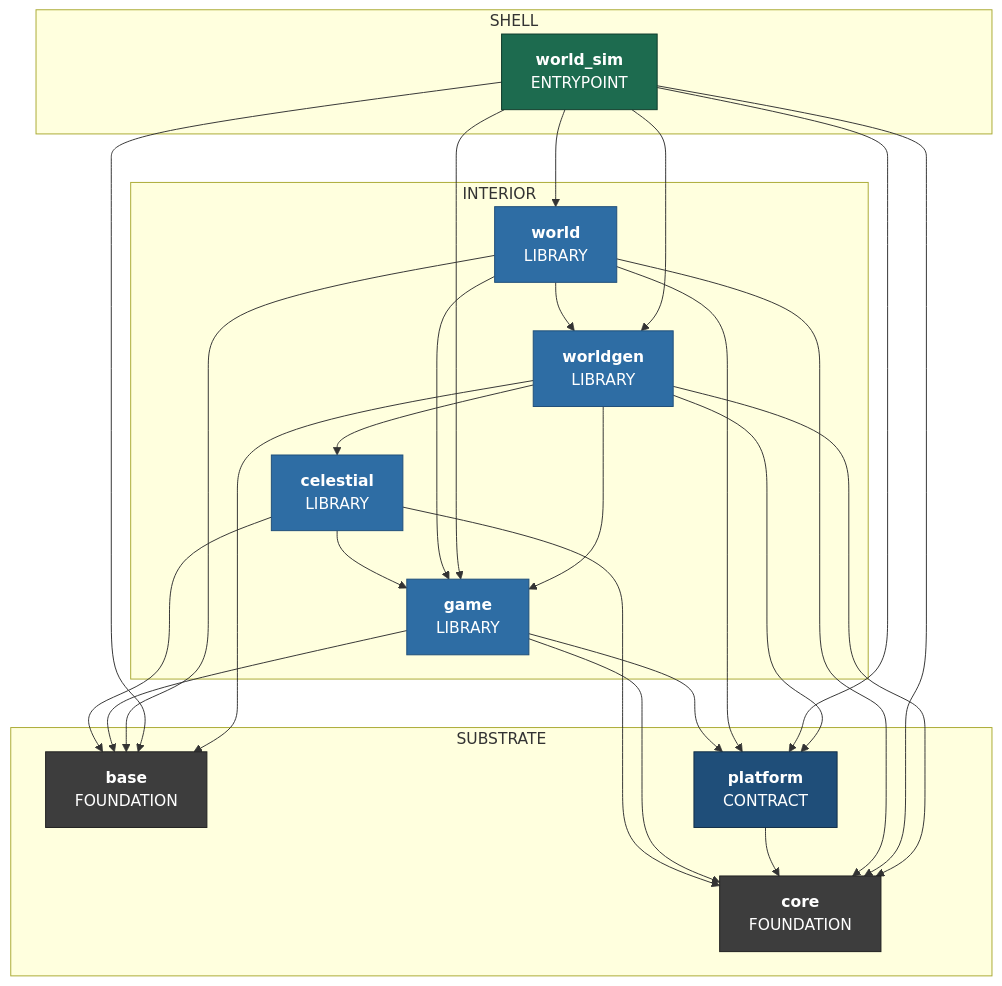
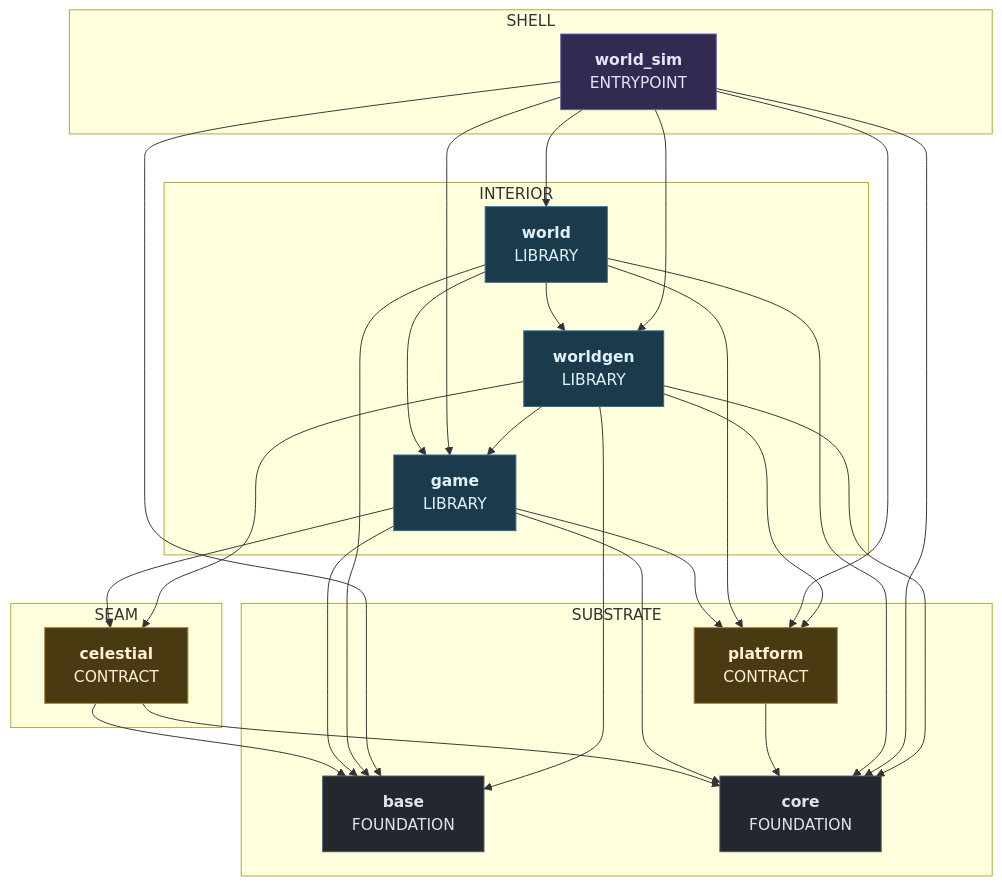
One commit to apnex/OpenStarbound changed the seventh of 9 diagrams in docs/superpowers/specs/2026-08-01-sovereign-headless-client-design.md. Above: the diagram before and after it, drawn with Mermaid. The commit also changed other lines of this file and 1 other file, not shown here.

````diff
--- a/docs/superpowers/specs/2026-08-01-sovereign-headless-client-design.md
+++ b/docs/superpowers/specs/2026-08-01-sovereign-headless-client-design.md
@@ -1565,50 +1625,52 @@
 ```mermaid
 %% composition: world_sim
 flowchart TD
   subgraph Z_SUBSTRATE ["SUBSTRATE"]
     base["<b>base</b><br/>FOUNDATION"]
     core["<b>core</b><br/>FOUNDATION"]
     platform["<b>platform</b><br/>CONTRACT"]
   end
+  subgraph Z_SEAM ["SEAM"]
+    celestial["<b>celestial</b><br/>CONTRACT"]
+  end
   subgraph Z_INTERIOR ["INTERIOR"]
-    celestial["<b>celestial</b><br/>LIBRARY"]
     game["<b>game</b><br/>LIBRARY"]
     world["<b>world</b><br/>LIBRARY"]
     worldgen["<b>worldgen</b><br/>LIBRARY"]
   end
   subgraph Z_SHELL ["SHELL"]
     world_sim["<b>world_sim</b><br/>ENTRYPOINT"]
   end
   celestial --> base
   celestial --> core
-  celestial --> game
   game --> base
+  game --> celestial
   game --> core
   game --> platform
   platform --> core
   world --> base
   world --> core
   world --> game
   world --> platform
   world --> worldgen
   world_sim --> base
   world_sim --> core
   world_sim --> game
   world_sim --> platform
   world_sim --> world
   world_sim --> worldgen
   worldgen --> base
   worldgen --> celestial
   worldgen --> core
   worldgen --> game
   worldgen --> platform
-  classDef kFoundation fill:#3d3d3d,stroke:#1f1f1f,color:#fff
-  classDef kContract fill:#1f4e79,stroke:#0f2d46,color:#fff
-  classDef kBackend fill:#7a3e9d,stroke:#4d2763,color:#fff
-  classDef kLibrary fill:#2e6da4,stroke:#1f4e79,color:#fff
-  classDef kEntrypoint fill:#1d6b4f,stroke:#0e3a2a,color:#fff
+  classDef kFoundation fill:#23282f,stroke:#4a545e,color:#dfe4ea
+  classDef kContract fill:#4a3a12,stroke:#a8813a,color:#fdf0d5
+  classDef kBackend fill:#5c2020,stroke:#aa3333,color:#ffe5e5
+  classDef kLibrary fill:#1b3a4b,stroke:#2c6e8f,color:#e0f2f9
+  classDef kEntrypoint fill:#332a52,stroke:#6d5fa8,color:#e8e2f8
   class base,core kFoundation
-  class platform kContract
-  class celestial,game,world,worldgen kLibrary
+  class celestial,platform kContract
+  class game,world,worldgen kLibrary
   class world_sim kEntrypoint
 ```
````
